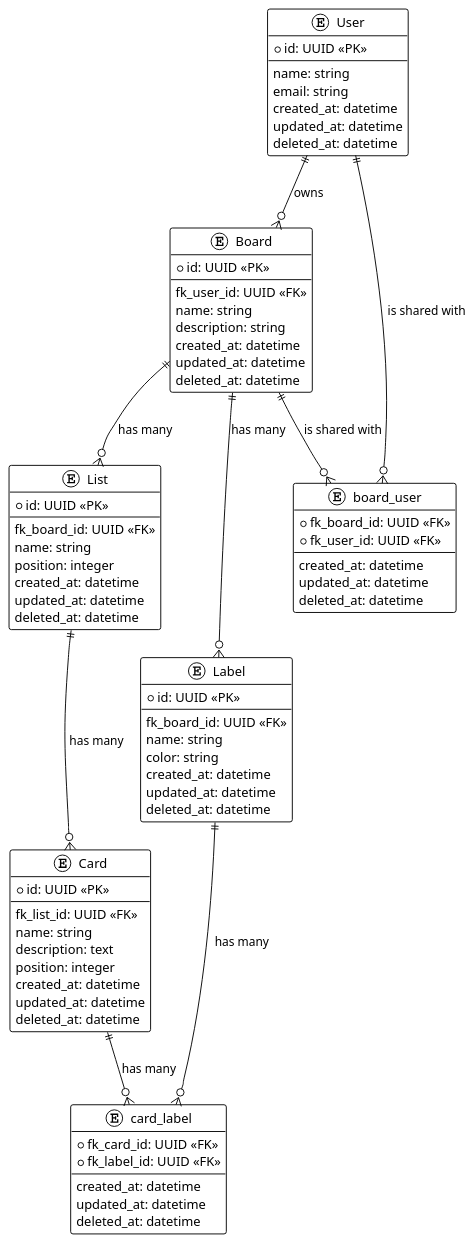
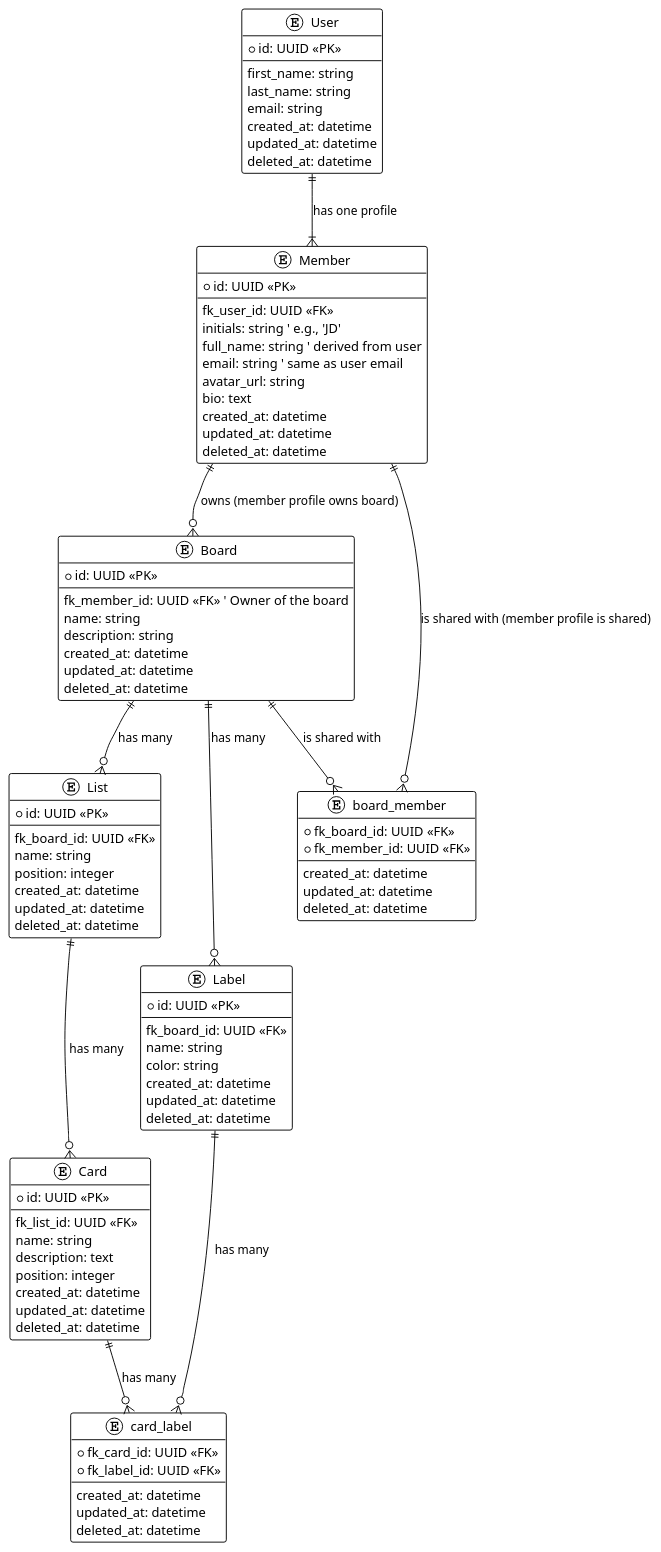
Before and after one commit to Leonelmarianog/vue-playground: the diagram in docs/erd.plantuml, drawn with PlantUML.

Commit message:
Update ERD diagram

```diff
--- a/docs/erd.plantuml
+++ b/docs/erd.plantuml
@@ -1,89 +1,107 @@
 @startuml
 !theme plain
 
 entity User {
   + id: UUID <<PK>>
   --
-  name: string
+  first_name: string
+  last_name: string
   email: string
+  created_at: datetime
+  updated_at: datetime
+  deleted_at: datetime
+}
+
+entity Member {
+  + id: UUID <<PK>>
+  --
+  fk_user_id: UUID <<FK>>
+  initials: string ' e.g., 'JD'
+  full_name: string ' derived from user
+  email: string ' same as user email
+  avatar_url: string
+  bio: text
   created_at: datetime
   updated_at: datetime
   deleted_at: datetime
 }
 
 entity Board {
   + id: UUID <<PK>>
   --
-  fk_user_id: UUID <<FK>>
+  fk_member_id: UUID <<FK>> ' Owner of the board
   name: string
   description: string
   created_at: datetime
   updated_at: datetime
   deleted_at: datetime
 }
 
 entity List {
   + id: UUID <<PK>>
   --
   fk_board_id: UUID <<FK>>
   name: string
   position: integer
   created_at: datetime
   updated_at: datetime
   deleted_at: datetime
 }
 
 entity Card {
   + id: UUID <<PK>>
   --
   fk_list_id: UUID <<FK>>
   name: string
   description: text
   position: integer
   created_at: datetime
   updated_at: datetime
   deleted_at: datetime
 }
 
 entity Label {
   + id: UUID <<PK>>
   --
   fk_board_id: UUID <<FK>>
   name: string
   color: string
   created_at: datetime
   updated_at: datetime
   deleted_at: datetime
 }
 
 ' Pivot Table for Many-to-Many Card-Label relationship
 entity card_label {
   + fk_card_id: UUID <<FK>>
   + fk_label_id: UUID <<FK>>
   --
   created_at: datetime
   updated_at: datetime
   deleted_at: datetime
 }
 
-' Pivot Table for Many-to-Many Board-User sharing relationship
-entity board_user {
+' Pivot Table for Many-to-Many Board-Member sharing relationship (who has access to the board)
+entity board_member {
   + fk_board_id: UUID <<FK>>
-  + fk_user_id: UUID <<FK>>
+  + fk_member_id: UUID <<FK>>
   --
   created_at: datetime
   updated_at: datetime
   deleted_at: datetime
 }
 
 ' Relationships
-User ||--o{ Board : owns
-User ||--o{ board_user : is shared with
+User ||--|{ Member : has one profile
+Member ||--o{ Board : owns (member profile owns board)
+Member ||--o{ board_member : is shared with (member profile is shared)
+
 Board ||--o{ List : has many
 List ||--o{ Card : has many
 Board ||--o{ Label : has many
+
 Card ||--o{ card_label : has many
 Label ||--o{ card_label : has many
-Board ||--o{ board_user : is shared with
+Board ||--o{ board_member : is shared with
 
 @enduml
```
